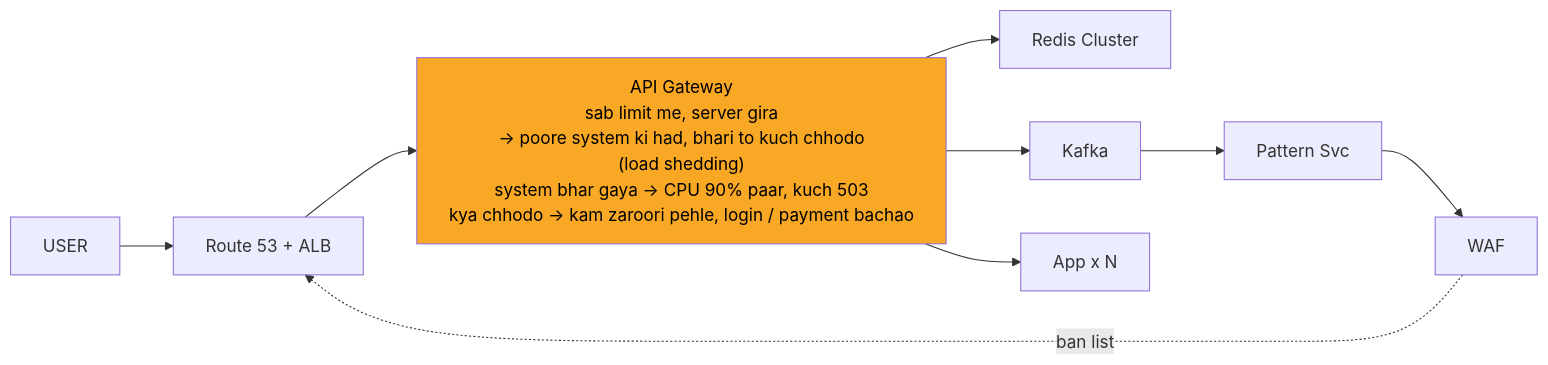
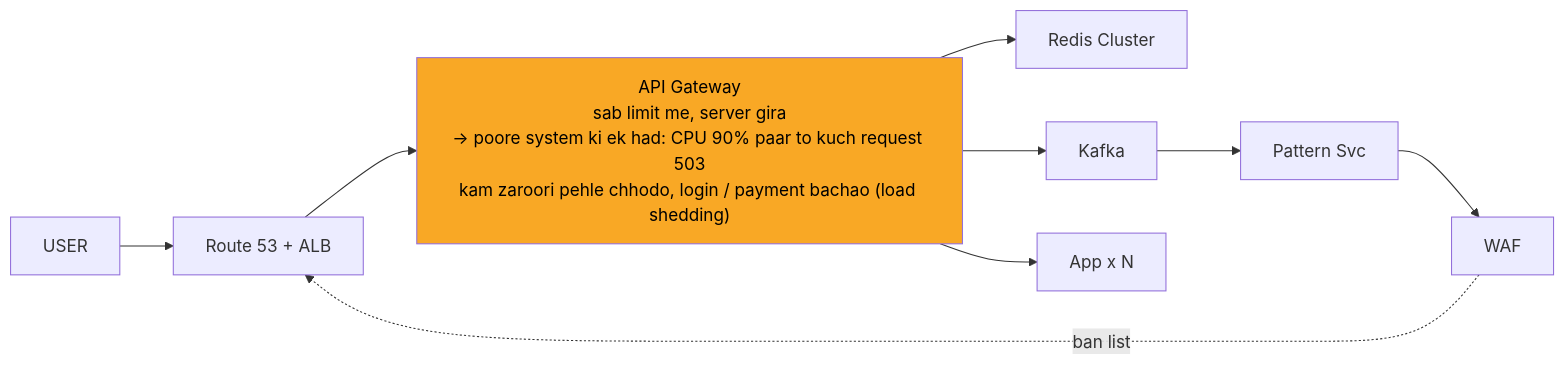
One commit to ArpanMaheshwari144/Prep changed the eighth of 11 diagrams in 04_HLD/SYSTEM_DESIGNS/02_rate_limiter/02_rate_limiter.md. Above: the diagram before and after it, drawn with Mermaid. The commit also changed other lines of this file and 13 other files, not shown here.

````diff
--- a/04_HLD/SYSTEM_DESIGNS/02_rate_limiter/02_rate_limiter.md
+++ b/04_HLD/SYSTEM_DESIGNS/02_rate_limiter/02_rate_limiter.md
@@ -336,21 +336,21 @@
 ```mermaid
 %%{init: {"flowchart": {"wrappingWidth": 450}}}%%
 flowchart LR
     n_USER["USER"]
     n_EDGE["Route 53 + ALB"]
-    n_API_Gateway["API Gateway<br/>sab limit me, server gira<br/>-> poore system ki had, bhari to kuch chhodo<br/>(load shedding)<br/>system bhar gaya -> CPU 90% paar, kuch 503<br/>kya chhodo -> kam zaroori pehle, login / payment bachao"]
+    n_API_Gateway["API Gateway<br/>sab limit me, server gira<br/>-> poore system ki ek had: CPU 90% paar to kuch request 503<br/>kam zaroori pehle chhodo, login / payment bachao (load shedding)"]
     n_Redis_Cluster["Redis Cluster"]
     n_Kafka["Kafka"]
     n_Pattern_Svc["Pattern Svc"]
     n_WAF["WAF"]
     n_App_xN["App x N"]
     n_EDGE --> n_API_Gateway
     n_API_Gateway --> n_Redis_Cluster
     n_API_Gateway --> n_App_xN
     n_Kafka --> n_Pattern_Svc
     n_Pattern_Svc --> n_WAF
     n_API_Gateway --> n_Kafka
     n_USER --> n_EDGE
     n_WAF -.->|ban list| n_EDGE
     style n_API_Gateway fill:#f9a825,color:#000
 ```
````
